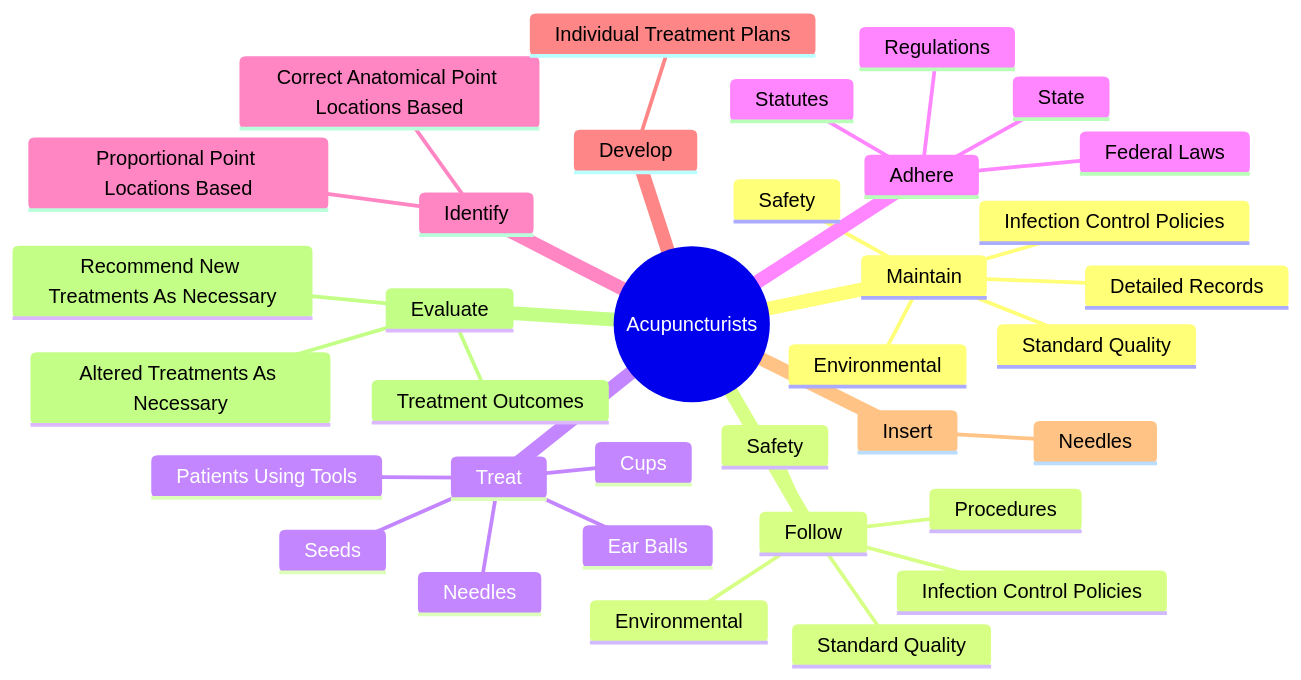
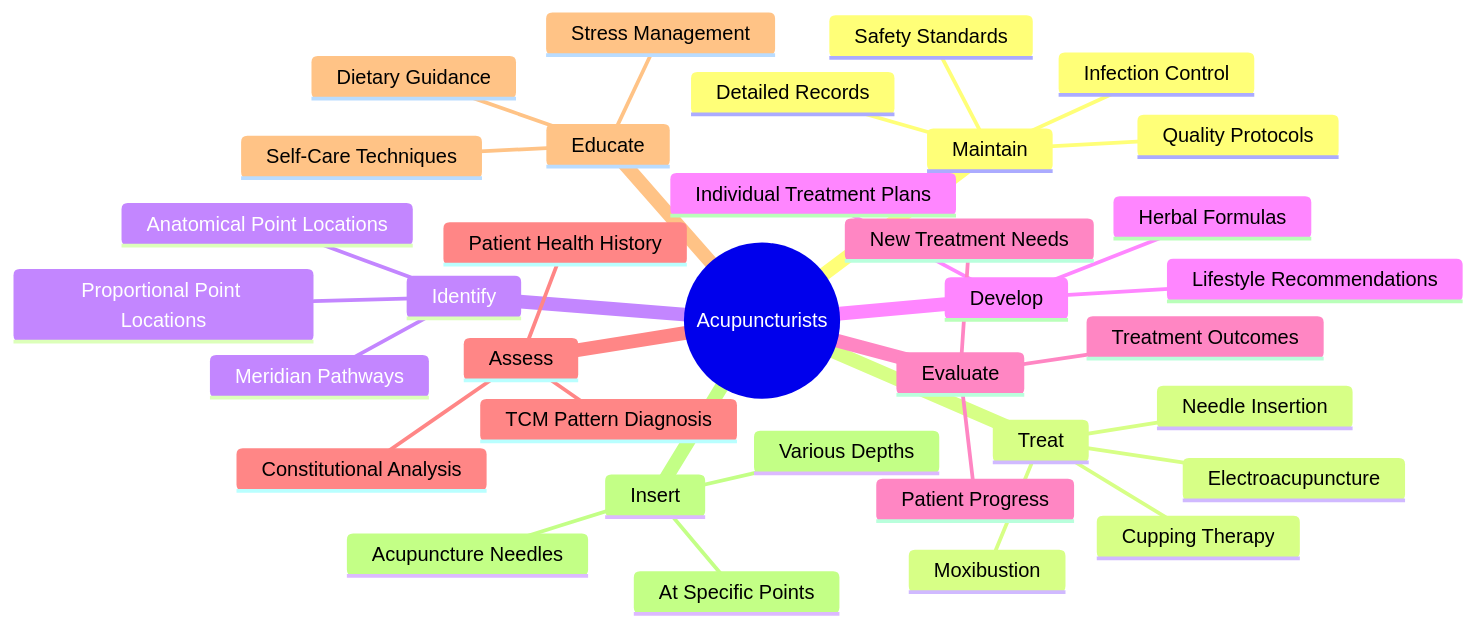
Before and after one commit to kziemski/business.org.ai: the second of 4 diagrams in occupations/HealthcarePractitioners/Acupuncturists.mdx, drawn with Mermaid. The commit also changed other lines of this file and 938 other files, not shown here.

````diff
--- a/occupations/HealthcarePractitioners/Acupuncturists.mdx
+++ b/occupations/HealthcarePractitioners/Acupuncturists.mdx
@@ -37,38 +45,38 @@
 ```mermaid
 mindmap
     root(("Acupuncturists"))
         Maintain
-            Standard Quality
-            Safety
-            Environmental
-            Infection Control Policies
+            Safety Standards
+            Infection Control
+            Quality Protocols
             Detailed Records
-        Follow
-            Standard Quality
-            Safety
-            Environmental
-            Infection Control Policies
-            Procedures
         Treat
-            Patients Using Tools
-            Needles
-            Cups
-            Ear Balls
-            Seeds
-        Adhere
-            State
-            Federal Laws
-            Regulations
-            Statutes
+            Needle Insertion
+            Cupping Therapy
+            Moxibustion
+            Electroacupuncture
         Identify
-            Correct Anatomical Point Locations Based
-            Proportional Point Locations Based
+            Anatomical Point Locations
+            Proportional Point Locations
+            Meridian Pathways
         Develop
             Individual Treatment Plans
-        Insert
-            Needles
+            Herbal Formulas
+            Lifestyle Recommendations
         Evaluate
             Treatment Outcomes
-            Recommend New Treatments As Necessary
-            Altered Treatments As Necessary
+            Patient Progress
+            New Treatment Needs
+        Assess
+            Patient Health History
+            TCM Pattern Diagnosis
+            Constitutional Analysis
+        Educate
+            Self-Care Techniques
+            Dietary Guidance
+            Stress Management
+        Insert
+            Acupuncture Needles
+            At Specific Points
+            Various Depths
 ```
````
